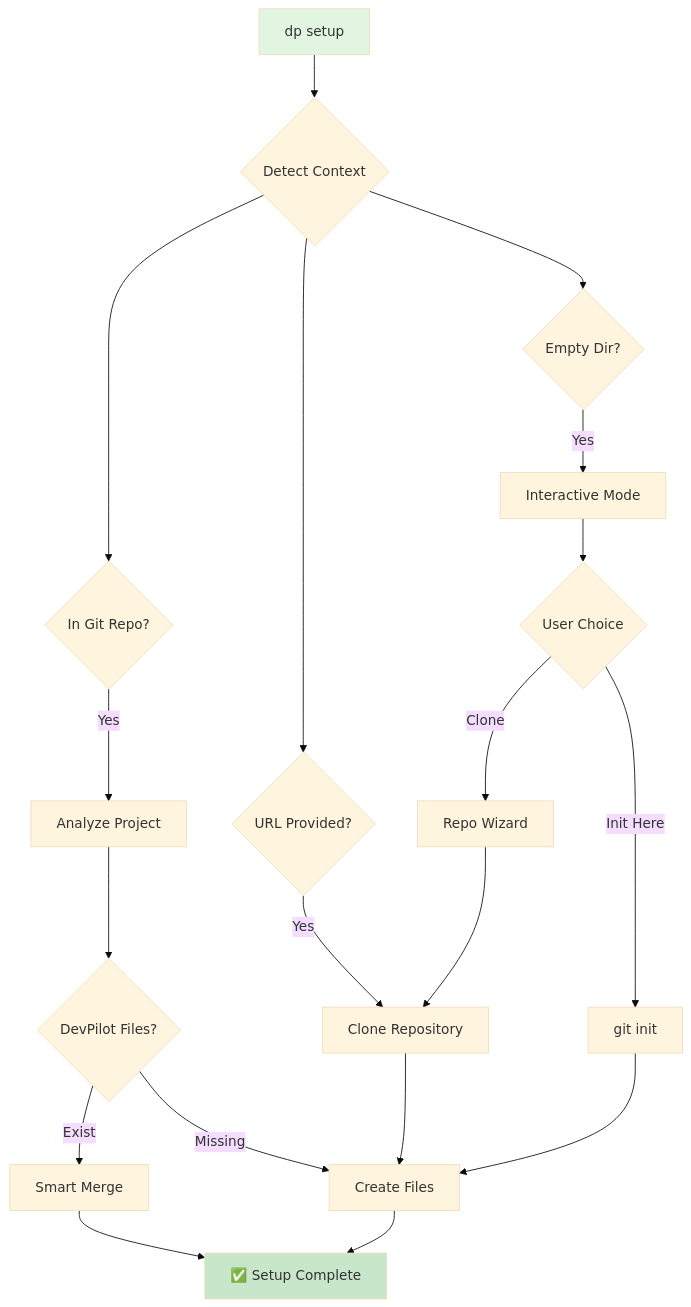
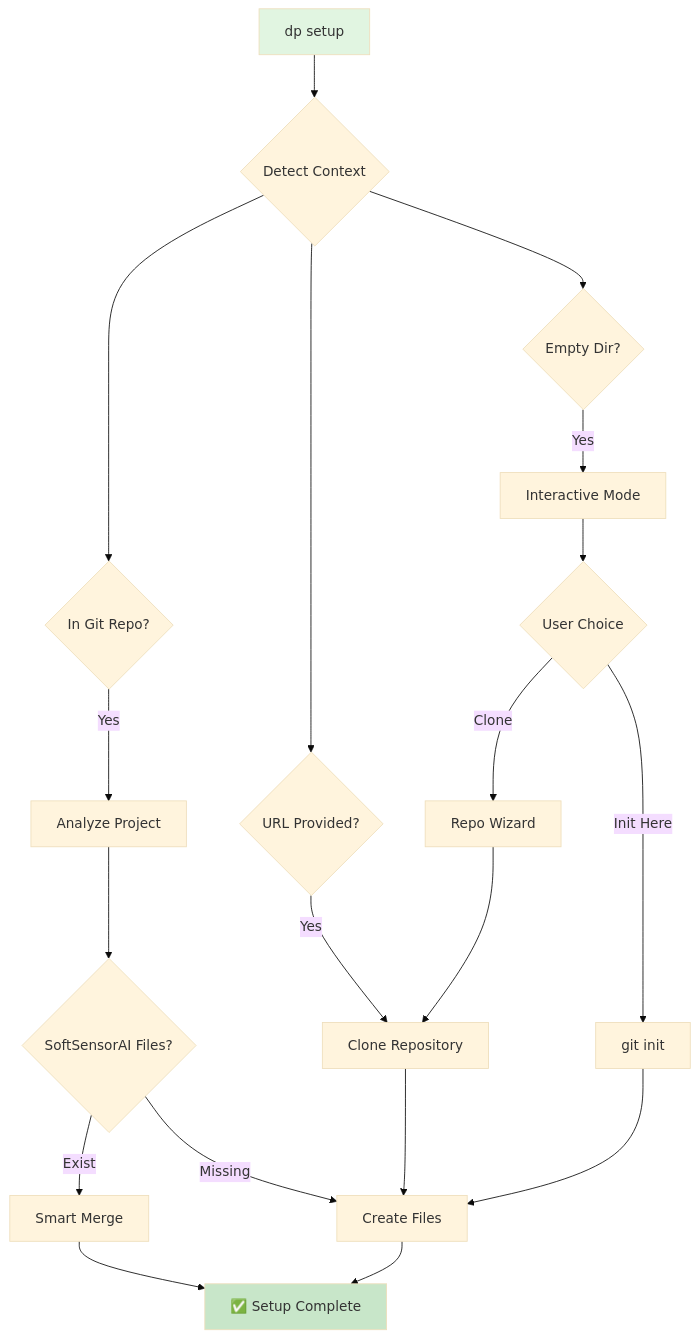
Before and after one commit to Softsensor-org/SoftSensorAI: the diagram in docs/UNIFIED_INTERFACE.md, drawn with Mermaid (base theme). The commit also changed other lines of this file and 48 other files, not shown here.

First line of the commit message:
feat(brand): Add DevPilot → SoftSensorAI migration kit

````diff
--- a/docs/UNIFIED_INTERFACE.md
+++ b/docs/UNIFIED_INTERFACE.md
@@ -47,29 +47,29 @@
 ```mermaid
 graph TD
     Start[dp setup] --> Detect{Detect Context}
 
     Detect --> InRepo{In Git Repo?}
     Detect --> HasURL{URL Provided?}
     Detect --> Empty{Empty Dir?}
 
     InRepo -->|Yes| Analyze[Analyze Project]
-    Analyze --> CheckFiles{DevPilot Files?}
+    Analyze --> CheckFiles{SoftSensorAI Files?}
     CheckFiles -->|Exist| Merge[Smart Merge]
     CheckFiles -->|Missing| Create[Create Files]
 
     HasURL -->|Yes| Clone[Clone Repository]
     Clone --> Create
 
     Empty -->|Yes| Interactive[Interactive Mode]
     Interactive --> Choice{User Choice}
     Choice -->|Init Here| InitGit[git init]
     Choice -->|Clone| Wizard[Repo Wizard]
     InitGit --> Create
     Wizard --> Clone
 
     Merge --> Complete[✅ Setup Complete]
     Create --> Complete
 
     style Start fill:#e1f5e1
     style Complete fill:#c8e6c9
 ```
````
